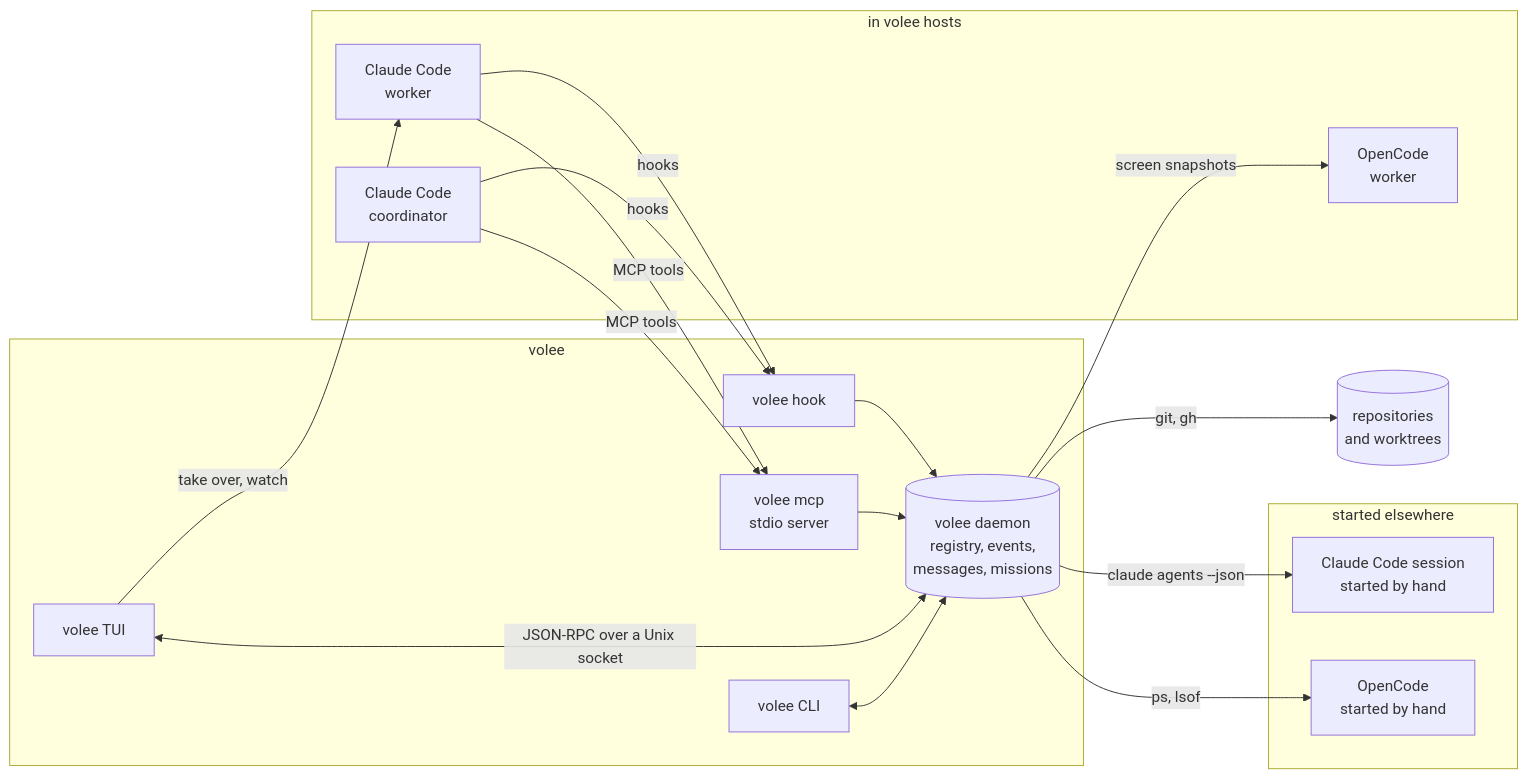
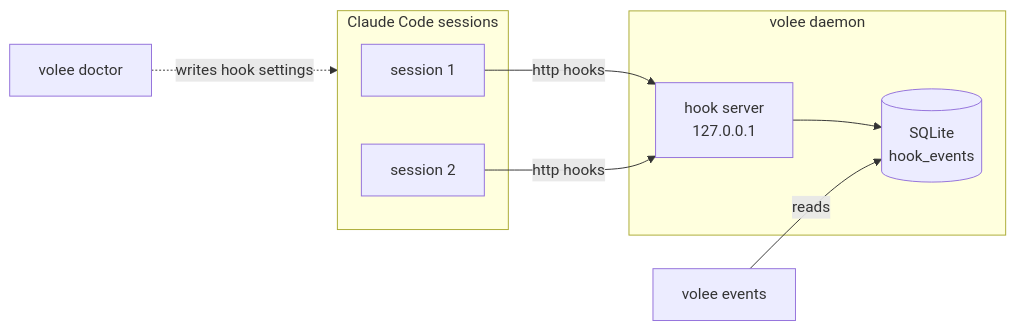
The diagram in docs/src/architecture/overview.md (volee-org/volee), drawn with Mermaid before and after one commit. The commit also changed other lines of this file, not shown here.

First line of the commit message:
docs(architecture): rewrite the overview for v2 stage 1

````diff
--- a/docs/src/architecture/overview.md
+++ b/docs/src/architecture/overview.md
@@ -59,30 +48,18 @@
 ```mermaid
 flowchart LR
-  subgraph Hosts [in volee hosts]
-    A1[Claude Code<br/>worker]
-    A2[Claude Code<br/>coordinator]
-    A4[OpenCode<br/>worker]
+  subgraph CC[Claude Code sessions]
+    A1[session 1]
+    A2[session 2]
   end
-  subgraph Elsewhere [started elsewhere]
-    A3[Claude Code session<br/>started by hand]
-    A5[OpenCode<br/>started by hand]
+  subgraph D[volee daemon]
+    H[hook server<br/>127.0.0.1]
+    DB[(SQLite<br/>hook_events)]
   end
-  subgraph volee
-    D[(volee daemon<br/>registry, events,<br/>messages, missions)]
-    T[volee TUI]
-    C[volee CLI]
-    M[volee mcp<br/>stdio server]
-    H[volee hook]
-  end
-  A1 -->|hooks| H --> D
-  A2 -->|hooks| H
-  A1 -->|MCP tools| M --> D
-  A2 -->|MCP tools| M
-  D -->|"screen snapshots"| A4
-  D -->|"claude agents --json"| A3
-  D -->|"ps, lsof"| A5
-  D -->|"git, gh"| R[(repositories<br/>and worktrees)]
-  T <-->|JSON-RPC over a Unix socket| D
-  C <--> D
-  T -->|"take over, watch"| A1
+  CLI[volee events]
+  DOC[volee doctor]
+  A1 -- http hooks --> H
+  A2 -- http hooks --> H
+  H --> DB
+  CLI -- reads --> DB
+  DOC -. writes hook settings .-> CC
 ```
````
